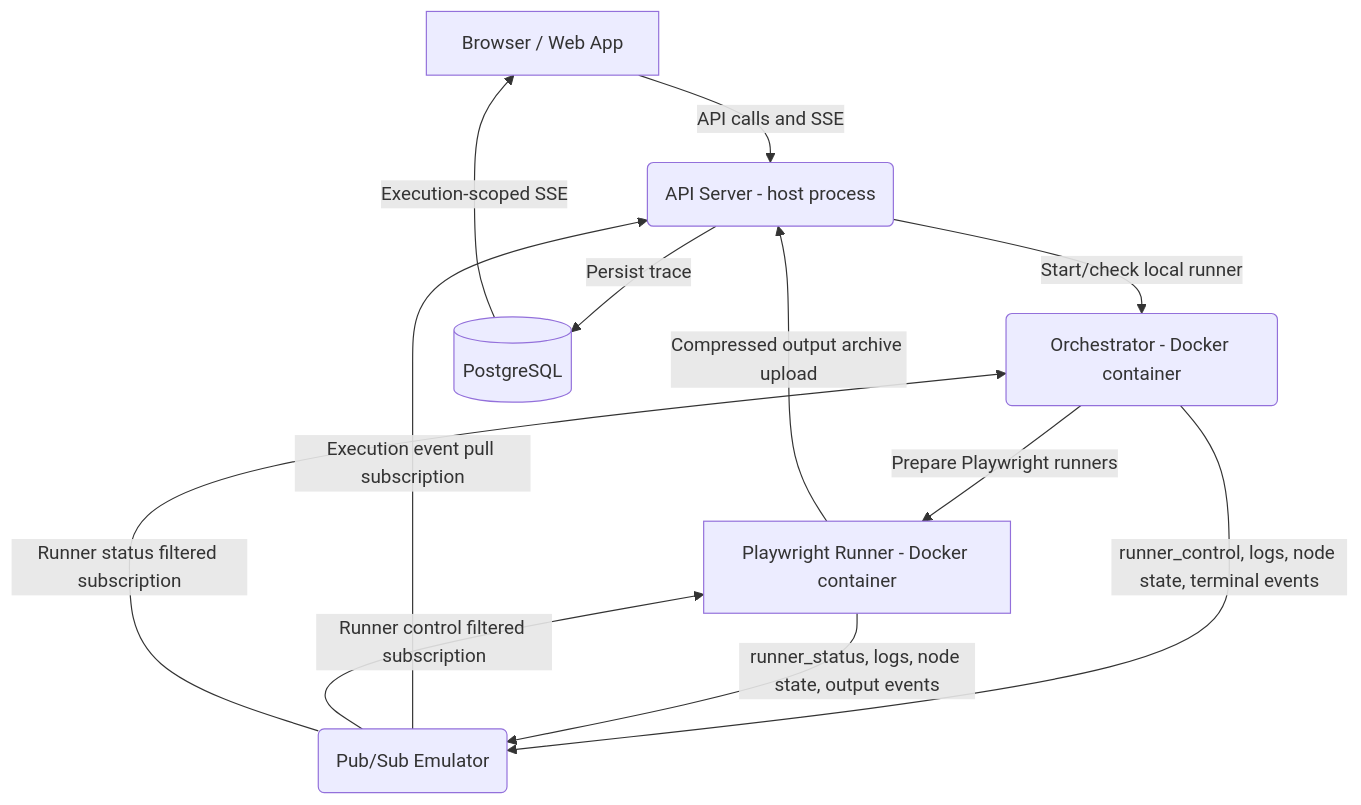
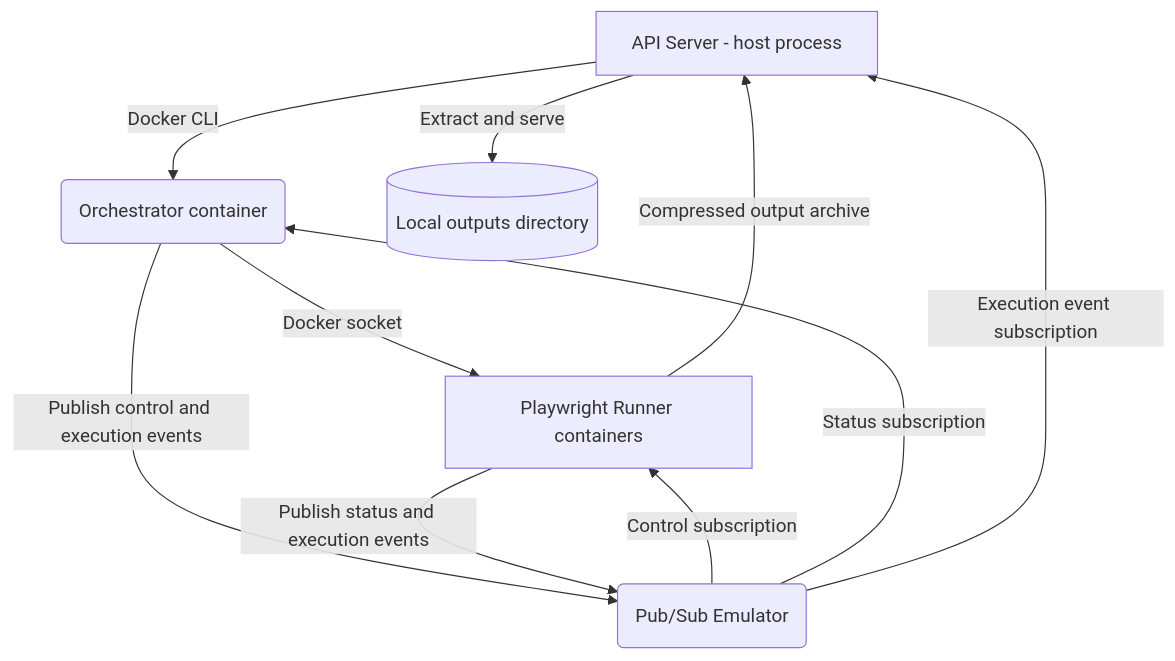
The diagram in docs/docs/runner-architecture/local.md (playrunner/playrunner), drawn with Mermaid before and after one commit. The commit also changed other lines of this file and 13 other files, not shown here.

First line of the commit message:
feat: Update runner architecture documentation and routing

````diff
--- a/docs/docs/runner-architecture/local.md
+++ b/docs/docs/runner-architecture/local.md
@@ -16,14 +15,12 @@
 ```mermaid
 graph TD
-    A[Browser / Web App] -->|API calls and SSE| B(API Server - host process)
-    B -->|Start/check local runner| C(Orchestrator - Docker container)
-    C -->|Prepare Playwright runners| D[Playwright Runner - Docker container]
-    C -->|runner_control, logs, node state, terminal events| E(Pub/Sub Emulator)
-    D -->|runner_status, logs, node state, output events| E
-    E -->|Execution event pull subscription| B
-    E -->|Runner control filtered subscription| D
-    E -->|Runner status filtered subscription| C
-    D -->|Compressed output archive upload| B
-    B -->|Persist trace| F[(PostgreSQL)]
-    F -->|Execution-scoped SSE| A
+    A[API Server - host process] -->|Docker CLI| B(Orchestrator container)
+    B -->|Docker socket| C[Playwright Runner containers]
+    B -->|Publish control and execution events| D(Pub/Sub Emulator)
+    C -->|Publish status and execution events| D
+    D -->|Control subscription| C
+    D -->|Status subscription| B
+    D -->|Execution event subscription| A
+    C -->|Compressed output archive| A
+    A -->|Extract and serve| E[(Local outputs directory)]
 ```
````
